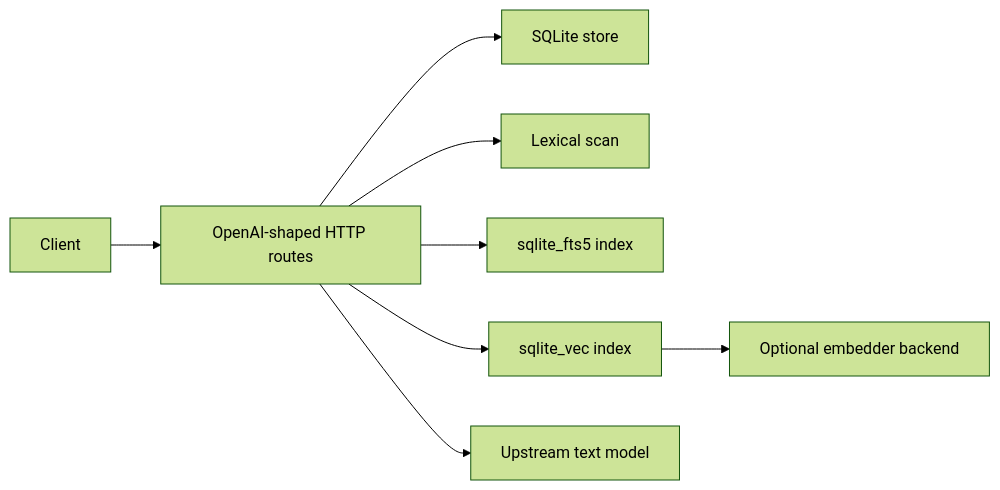
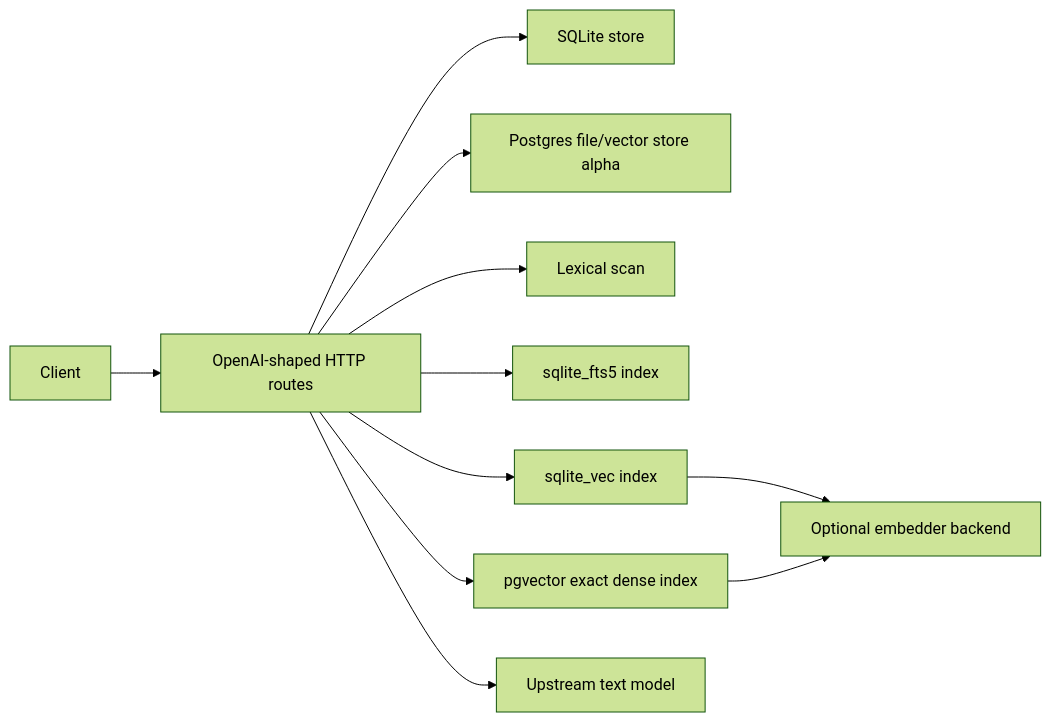
The first of 2 diagrams in docs/v3-storage-retrieval-backends.md (avelrl/llama_shim), drawn with Mermaid (forest theme) before and after one commit. The commit also changed other lines of this file and 23 other files, not shown here.

Commit message:
feat: add postgres pgvector retrieval alpha

````diff
--- a/docs/v3-storage-retrieval-backends.md
+++ b/docs/v3-storage-retrieval-backends.md
@@ -43,19 +49,24 @@
 ```mermaid
 flowchart LR
   client["Client"]
   http["OpenAI-shaped HTTP routes"]
   sqlite["SQLite store"]
+  postgres["Postgres file/vector store alpha"]
   lexical["Lexical scan"]
   fts5["sqlite_fts5 index"]
   sqlitevec["sqlite_vec index"]
+  pgvector["pgvector exact dense index"]
   embedder["Optional embedder backend"]
   model["Upstream text model"]
 
   client --> http
   http --> sqlite
+  http --> postgres
   http --> lexical
   http --> fts5
   http --> sqlitevec
+  http --> pgvector
   sqlitevec --> embedder
+  pgvector --> embedder
   http --> model
 ```
````
